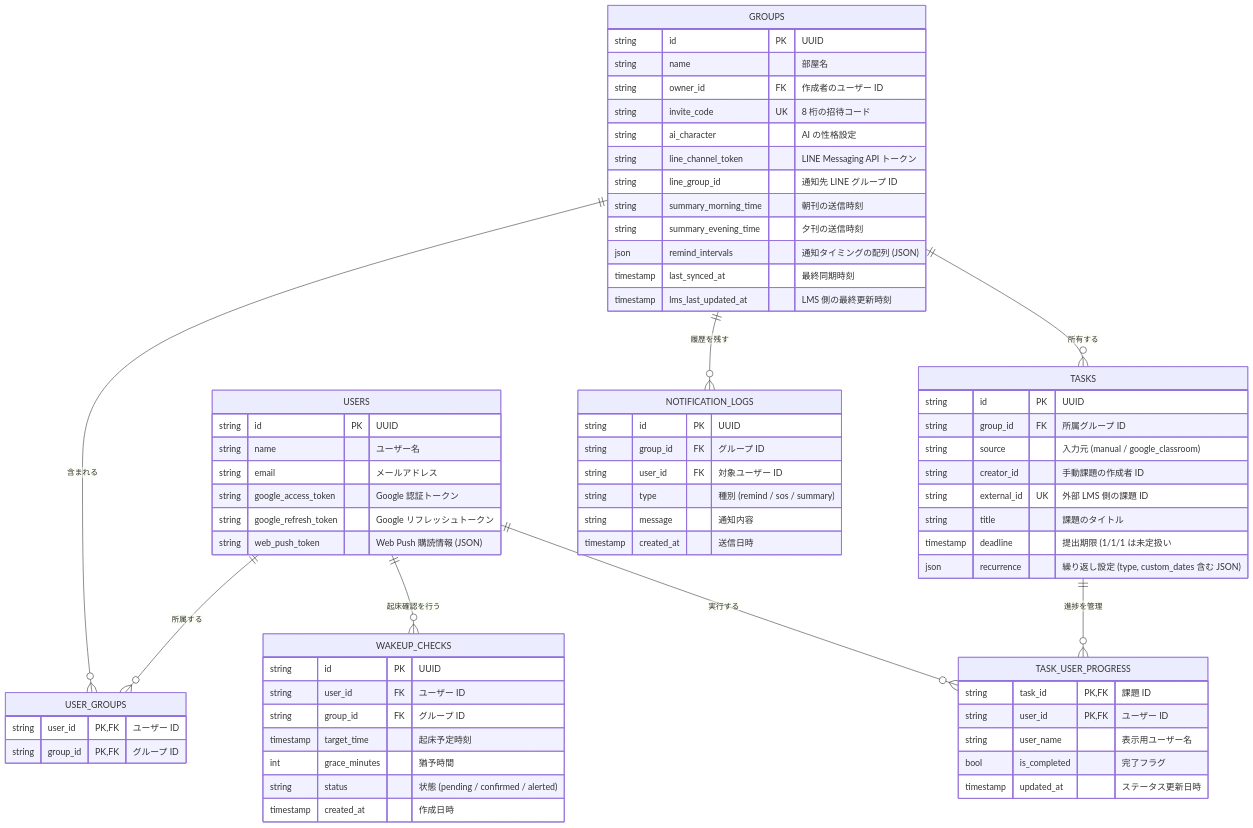
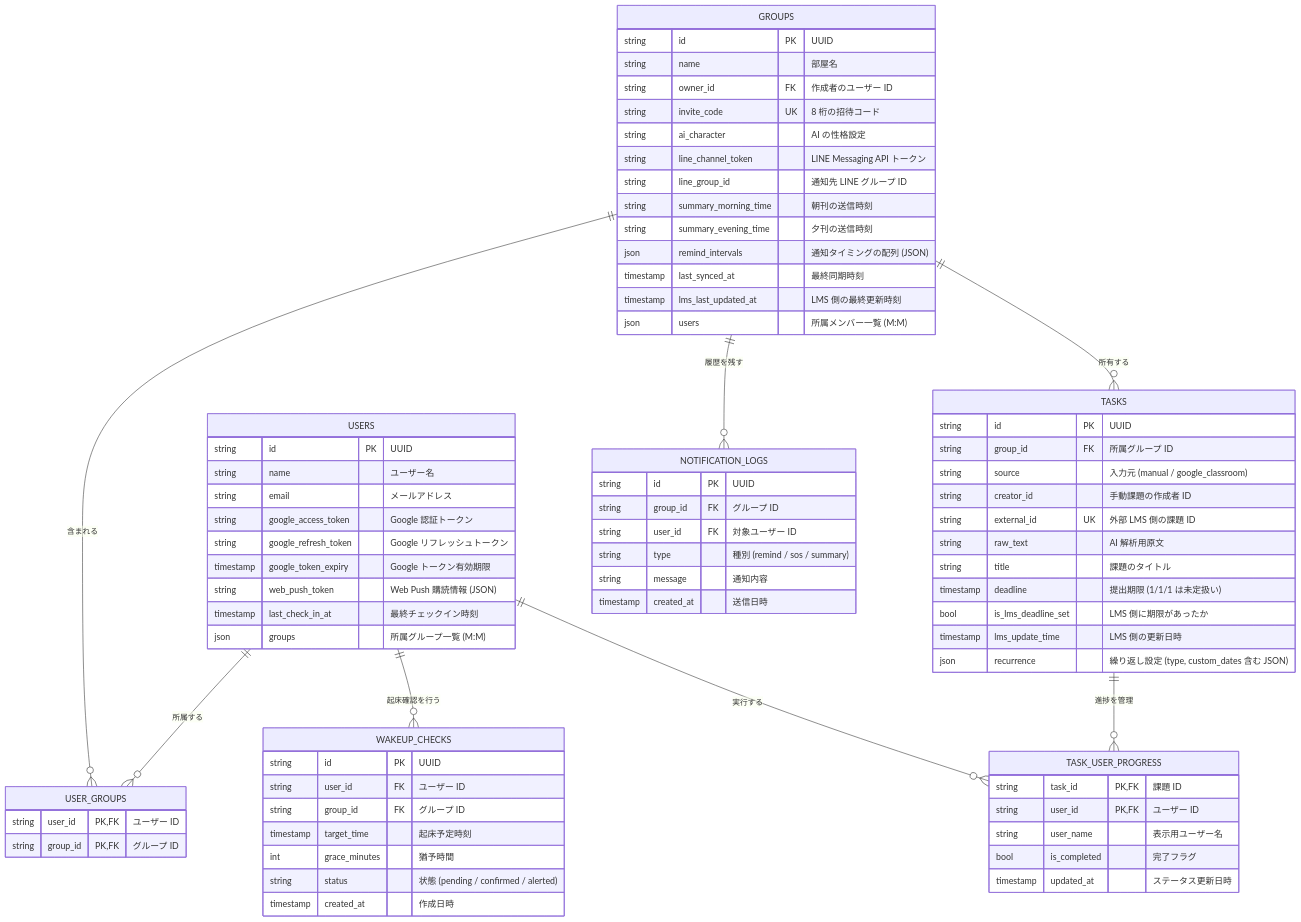
Before and after one commit to yuma25/Uni-Steps: the diagram in docs/architecture/database_schema.md, drawn with Mermaid. The commit also changed 1 other file, not shown here.

Commit message:
docs: データベース設計書とドメイン層リファレンスの完全最新化
- ER図に不足していたフィールド（トークン期限、生存確認、LMS更新日時等）を追記
- ユーザーとグループの多対多関係を論理フィールドとしてER図に明示
- ドメイン層リファレンスをファイル単位の構成に再編
- 全てのインターフェースメソッドに概要、引数、戻り値の詳細な説明を追加
- 各種定数（AI性格、サマリー種別、課題出典）の詳細な解説を補完

```diff
--- a/docs/architecture/database_schema.md
+++ b/docs/architecture/database_schema.md
@@ -25,7 +25,10 @@
         string email "メールアドレス"
         string google_access_token "Google 認証トークン"
         string google_refresh_token "Google リフレッシュトークン"
+        timestamp google_token_expiry "Google トークン有効期限"
         string web_push_token "Web Push 購読情報 (JSON)"
+        timestamp last_check_in_at "最終チェックイン時刻"
+        json groups "所属グループ一覧 (M:M)"
     }
 
     GROUPS {
@@ -41,6 +44,7 @@
         json remind_intervals "通知タイミングの配列 (JSON)"
         timestamp last_synced_at "最終同期時刻"
         timestamp lms_last_updated_at "LMS 側の最終更新時刻"
+        json users "所属メンバー一覧 (M:M)"
     }
 
     USER_GROUPS {
@@ -54,8 +58,11 @@
         string source "入力元 (manual / google_classroom)"
         string creator_id "手動課題の作成者 ID"
         string external_id UK "外部 LMS 側の課題 ID"
+        string raw_text "AI 解析用原文"
         string title "課題のタイトル"
-        timestamp deadline "提出期限 (1/1/1 は未定扱い"
+        timestamp deadline "提出期限 (1/1/1 は未定扱い)"
+        bool is_lms_deadline_set "LMS 側に期限があったか"
+        timestamp lms_update_time "LMS 側の更新日時"
         json recurrence "繰り返し設定 (type, custom_dates 含む JSON)"
     }
 
```
